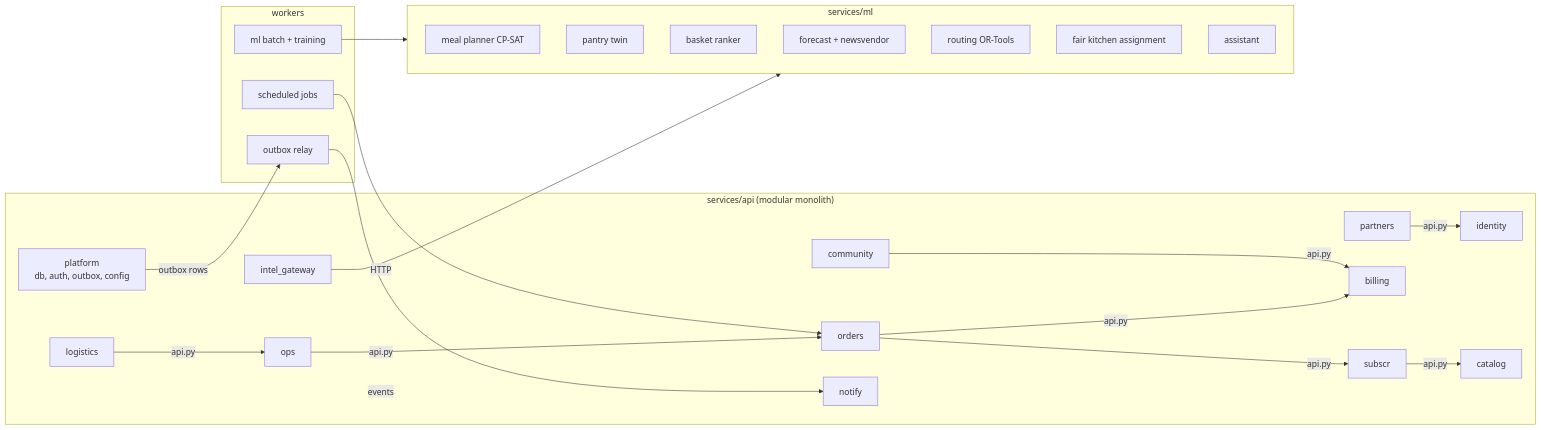
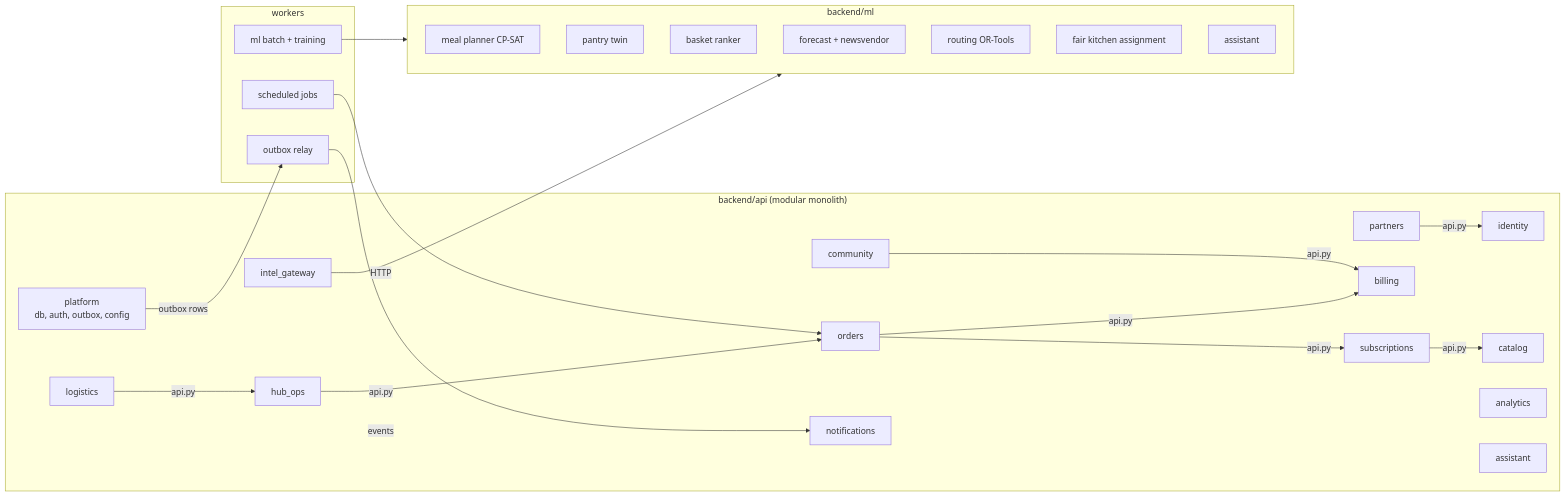
One commit to prelekar7/GharBasket changed the third of 5 diagrams in docs/handbook/04-system-architecture.md. Above: the diagram before and after it, drawn with Mermaid. The commit also changed other lines of this file and 154 other files, not shown here.

````diff
--- a/docs/handbook/04-system-architecture.md
+++ b/docs/handbook/04-system-architecture.md
@@ -95,43 +95,45 @@
 ```mermaid
 flowchart LR
-  subgraph API["services/api (modular monolith)"]
+  subgraph API["backend/api (modular monolith)"]
     PLAT["platform<br/>db, auth, outbox, config"]
     IDN["identity"]
     CAT["catalog"]
-    SUB["subscr"]
+    SUB["subscriptions"]
     ORD["orders"]
     BIL["billing"]
-    OPS["ops"]
+    OPS["hub_ops"]
     LOG["logistics"]
     PAR["partners"]
     COM["community"]
-    NOT["notify"]
+    NOT["notifications"]
     IG["intel_gateway"]
+    ANL["analytics"]
+    AST2["assistant"]
   end
-  subgraph MLS["services/ml"]
+  subgraph MLS["backend/ml"]
     PLN["meal planner CP-SAT"]
     PTW["pantry twin"]
     RNK["basket ranker"]
     FCS["forecast + newsvendor"]
     RTE["routing OR-Tools"]
     ASG["fair kitchen assignment"]
     AST["assistant"]
   end
   subgraph WK["workers"]
     RELAY["outbox relay"]
     JOBS["scheduled jobs"]
     MLJ["ml batch + training"]
   end
   SUB -->|"api.py"| CAT
   ORD -->|"api.py"| SUB
   ORD -->|"api.py"| BIL
   OPS -->|"api.py"| ORD
   LOG -->|"api.py"| OPS
   PAR -->|"api.py"| IDN
   COM -->|"api.py"| BIL
   IG -->|HTTP| MLS
   PLAT -->|outbox rows| RELAY
   RELAY -->|events| NOT
   JOBS --> ORD
   MLJ --> MLS
 ```
````
